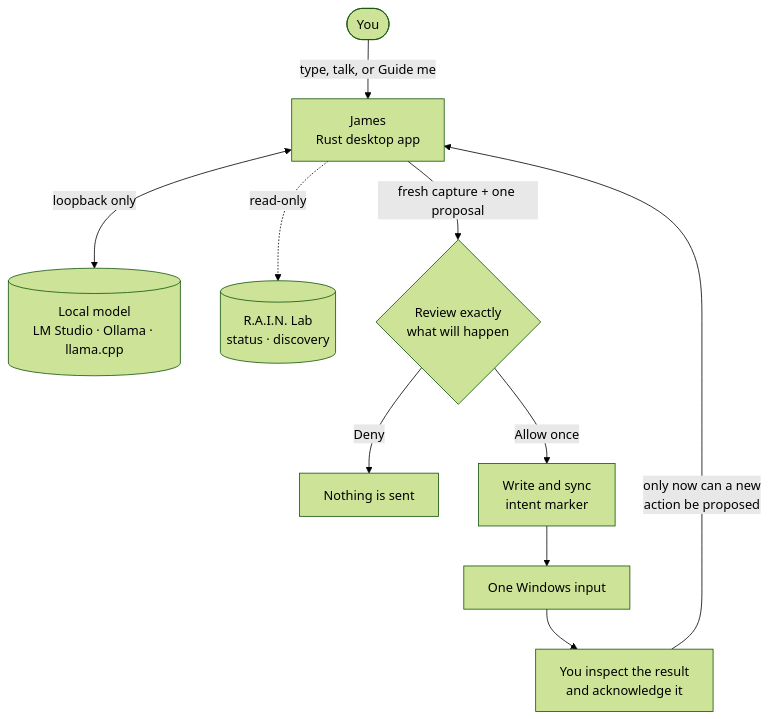
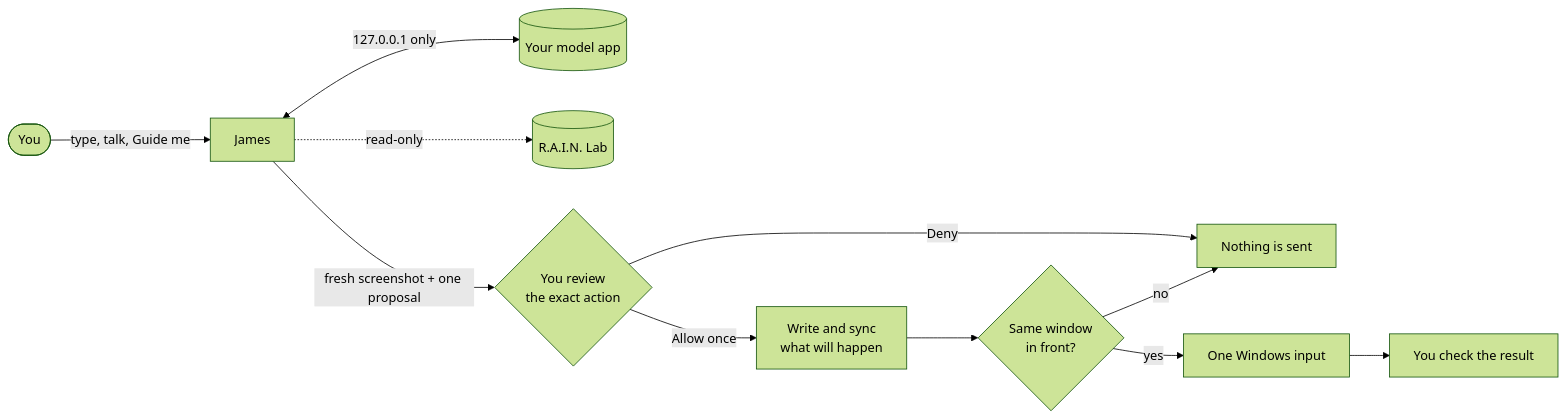
The diagram in README.md (topherchris420/james), drawn with Mermaid (forest theme) before and after one commit. The commit also changed other lines of this file and 22 other files, not shown here.

````diff
--- a/README.md
+++ b/README.md
@@ -142,12 +159,13 @@
 ```mermaid
-flowchart TD
-    you(["You"]) -->|"type, talk, or Guide me"| james["James<br/>Rust desktop app"]
-    james <-->|"loopback only"| model[("Local model<br/>LM Studio · Ollama · llama.cpp")]
-    james -.->|"read-only"| lab[("R.A.I.N. Lab<br/>status · discovery")]
-    james -->|"fresh capture + one proposal"| review{"Review exactly<br/>what will happen"}
-    review -->|"Deny"| none["Nothing is sent"]
-    review -->|"Allow once"| intent["Write and sync<br/>intent marker"]
-    intent --> input["One Windows input"]
-    input --> reconcile["You inspect the result<br/>and acknowledge it"]
-    reconcile -->|"only now can a new<br/>action be proposed"| james
+flowchart LR
+    you(["You"]) -->|type, talk, Guide me| james["James"]
+    james <-->|"127.0.0.1 only"| model[("Your model app")]
+    james -.->|read-only| lab[("R.A.I.N. Lab")]
+    james -->|"fresh screenshot + one proposal"| review{"You review<br/>the exact action"}
+    review -->|Deny| none["Nothing is sent"]
+    review -->|Allow once| record["Write and sync<br/>what will happen"]
+    record --> check{"Same window<br/>in front?"}
+    check -->|no| none
+    check -->|yes| input["One Windows input"]
+    input --> verify["You check the result"]
 ```
````
